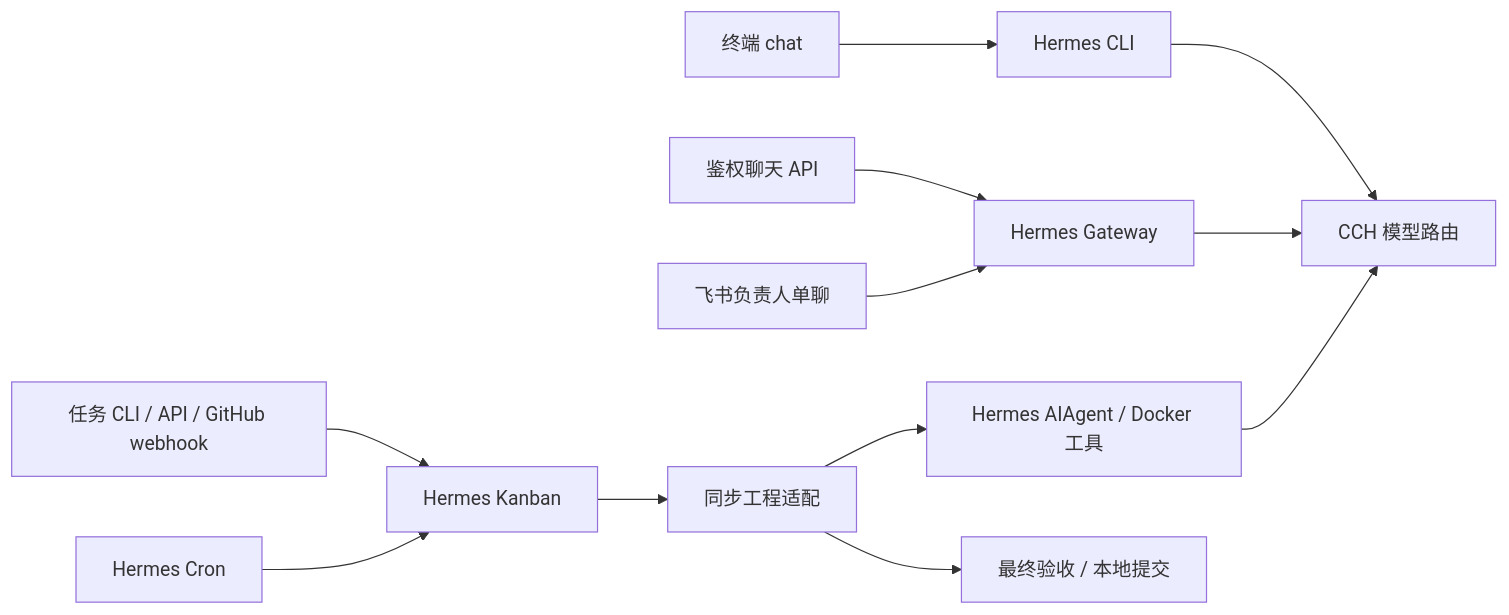
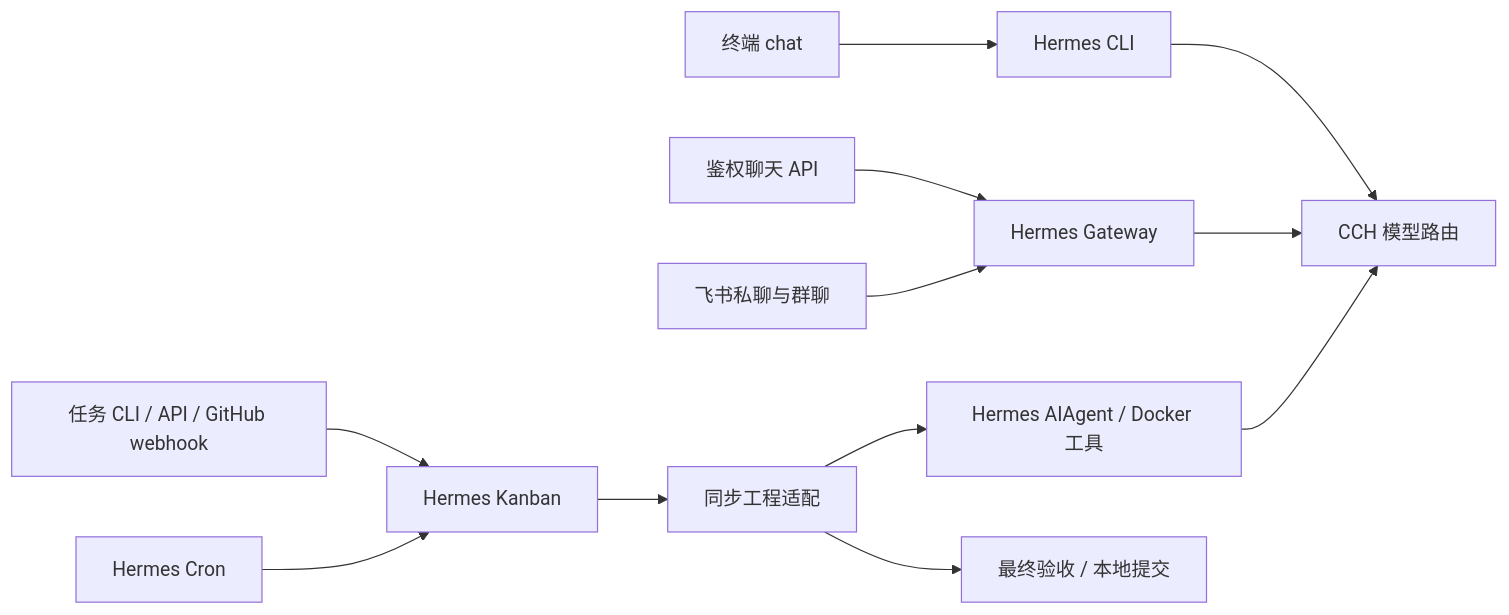
One commit to Ceng-0324/MIKASA changed the diagram in docs/architecture/README.md. Above: the diagram before and after it, drawn with Mermaid. The commit also changed other lines of this file and 11 other files, not shown here.

````diff
--- a/docs/architecture/README.md
+++ b/docs/architecture/README.md
@@ -7,14 +7,14 @@
 ```mermaid
 flowchart LR
     CLI[终端 chat] --> H[Hermes CLI]
     HTTP[鉴权聊天 API] --> G[Hermes Gateway]
-    F[飞书负责人单聊] --> G
+    F[飞书私聊与群聊] --> G
     H --> CCH[CCH 模型路由]
     G --> CCH
     T[任务 CLI / API / GitHub webhook] --> K[Hermes Kanban]
     CR[Hermes Cron] --> K
     K --> W[同步工程适配]
     W --> A[Hermes AIAgent / Docker 工具]
     A --> CCH
     W --> V[最终验收 / 本地提交]
 ```
````
